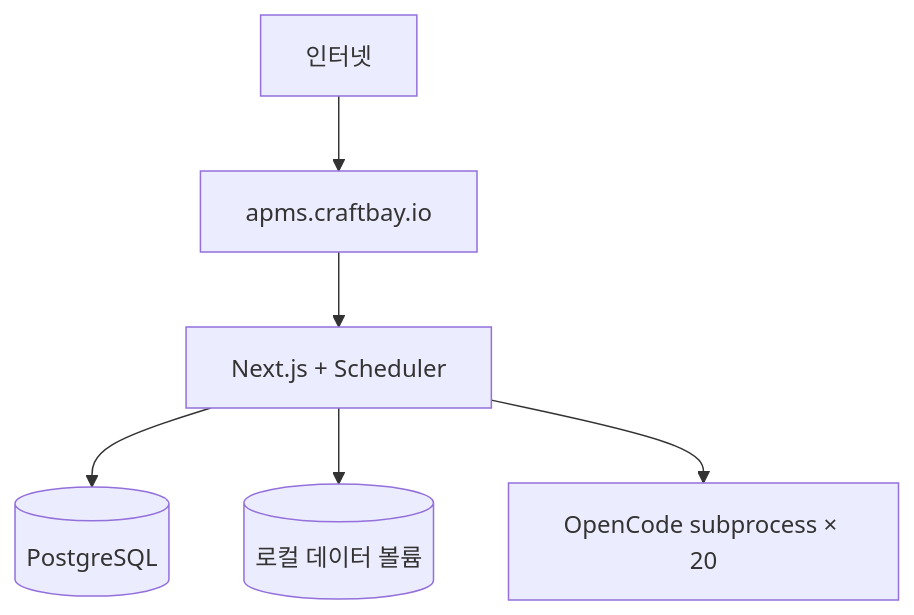
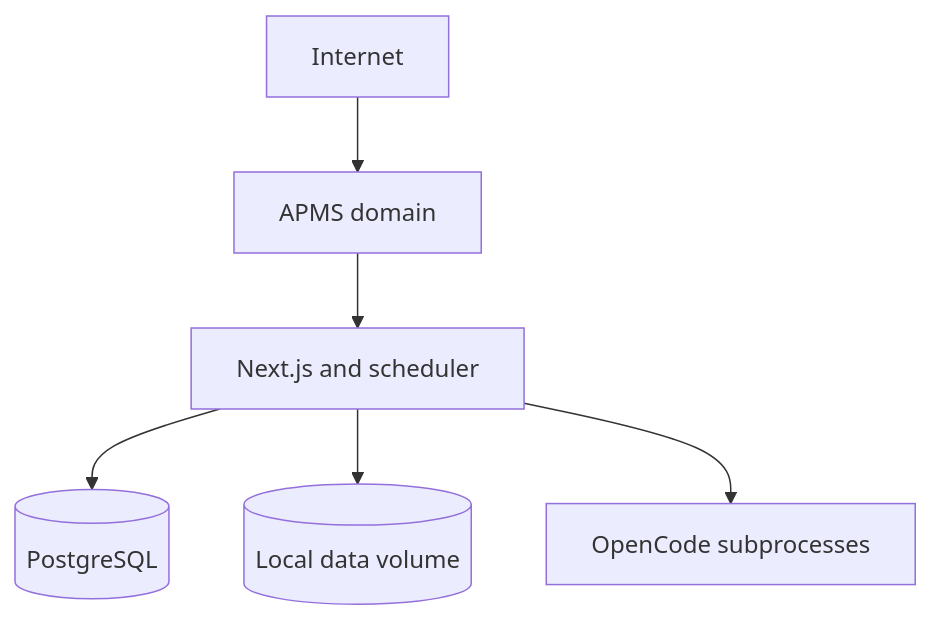
The third of 5 diagrams in docs/ARCHITECTURE.md (lisyoen/apms), drawn with Mermaid before and after one commit. The commit also changed other lines of this file and 20 other files, not shown here.

````diff
--- a/docs/ARCHITECTURE.md
+++ b/docs/ARCHITECTURE.md
@@ -155,8 +190,8 @@
 ```mermaid
 flowchart TB
-  I[인터넷] --> D[apms.craftbay.io]
-  D --> APP[Next.js + Scheduler]
+  I[Internet] --> D[APMS domain]
+  D --> APP[Next.js and scheduler]
   APP --> PG[(PostgreSQL)]
-  APP --> VOL[(로컬 데이터 볼륨)]
-  APP --> PROC[OpenCode subprocess × 20]
+  APP --> VOL[(Local data volume)]
+  APP --> PROC[OpenCode subprocesses]
 ```
````
